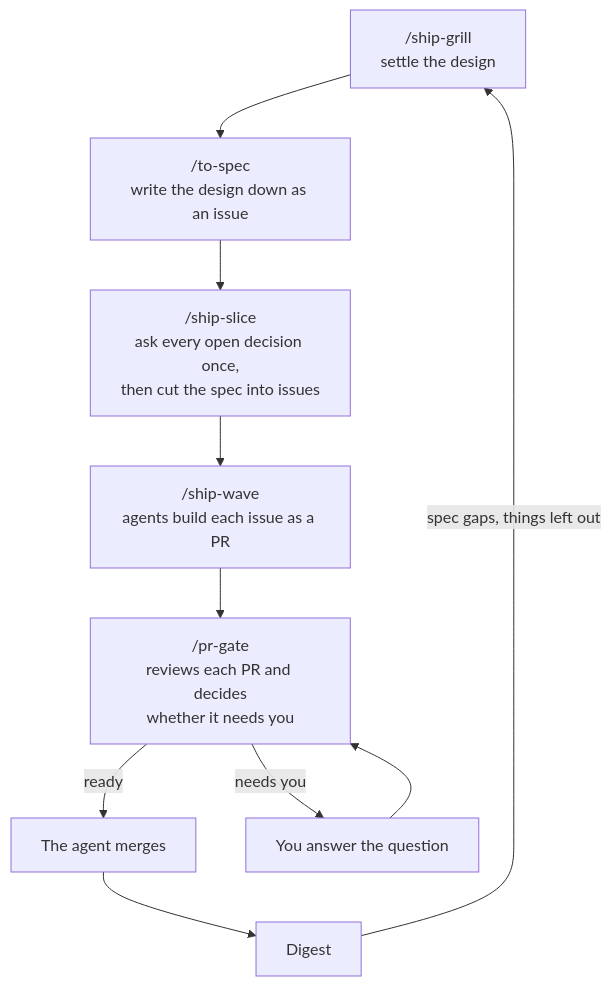
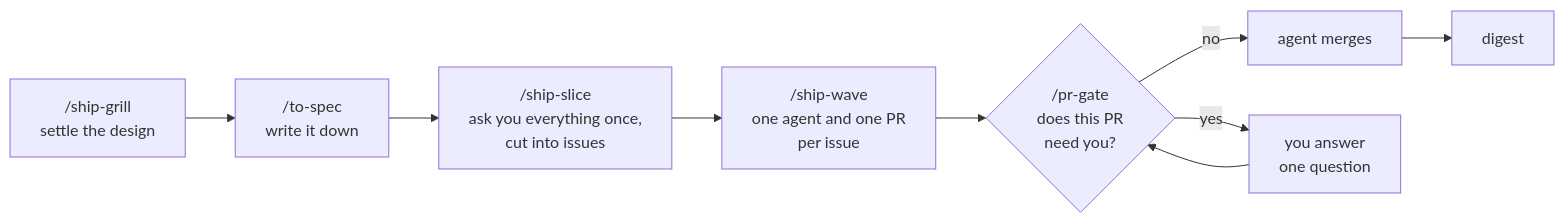
Before and after one commit to freshmick/ship-wave: the first of 2 diagrams in README.md, drawn with Mermaid. The commit also changed other lines of this file and 5 other files, not shown here.

First line of the commit message:
README: animated terminal demo and diagrams; move the detail to docs/ (#34)

````diff
--- a/README.md
+++ b/README.md
@@ -80,12 +15,11 @@
 ```mermaid
-flowchart TD
-    A["/ship-grill<br/>settle the design"] --> S["/to-spec<br/>write the design down as an issue"]
-    S --> B["/ship-slice<br/>ask every open decision once,<br/>then cut the spec into issues"]
-    B --> C["/ship-wave<br/>agents build each issue as a PR"]
-    C --> D["/pr-gate<br/>reviews each PR and decides<br/>whether it needs you"]
-    D -->|ready| E[The agent merges]
-    D -->|needs you| F[You answer the question]
+flowchart LR
+    A["/ship-grill<br/>settle the design"] --> S["/to-spec<br/>write it down"]
+    S --> B["/ship-slice<br/>ask you everything once,<br/>cut into issues"]
+    B --> C["/ship-wave<br/>one agent and one PR<br/>per issue"]
+    C --> D{"/pr-gate<br/>does this PR<br/>need you?"}
+    D -->|no| E["agent merges"]
+    D -->|yes| F["you answer<br/>one question"]
     F --> D
-    E --> G[Digest]
-    G -->|spec gaps, things left out| A
+    E --> G["digest"]
 ```
````
